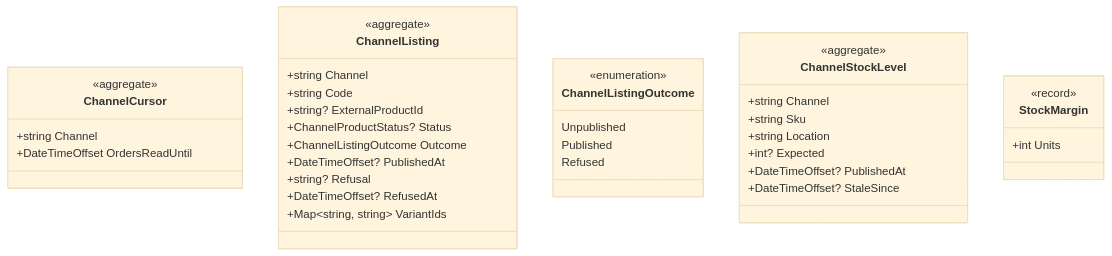
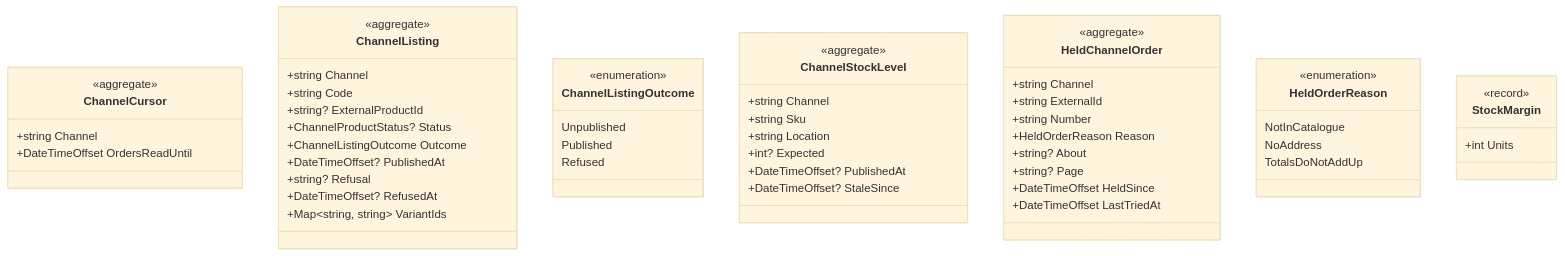
Before and after one commit to juanluelguerre/tendero: diagram 18 of 18 in docs/domain-model.md, drawn with Mermaid (base theme). The commit also changed 19 other files, not shown here.

````diff
--- a/docs/domain-model.md
+++ b/docs/domain-model.md
@@ -1265,39 +1265,56 @@
 ```mermaid
 classDiagram
     class ChannelCursor {
         <<aggregate>>
         +string Channel
         +DateTimeOffset OrdersReadUntil
     }
     class ChannelListing {
         <<aggregate>>
         +string Channel
         +string Code
         +string? ExternalProductId
         +ChannelProductStatus? Status
         +ChannelListingOutcome Outcome
         +DateTimeOffset? PublishedAt
         +string? Refusal
         +DateTimeOffset? RefusedAt
         +Map~string, string~ VariantIds
     }
     class ChannelListingOutcome {
         <<enumeration>>
         Unpublished
         Published
         Refused
     }
     class ChannelStockLevel {
         <<aggregate>>
         +string Channel
         +string Sku
         +string Location
         +int? Expected
         +DateTimeOffset? PublishedAt
         +DateTimeOffset? StaleSince
     }
+    class HeldChannelOrder {
+        <<aggregate>>
+        +string Channel
+        +string ExternalId
+        +string Number
+        +HeldOrderReason Reason
+        +string? About
+        +string? Page
+        +DateTimeOffset HeldSince
+        +DateTimeOffset LastTriedAt
+    }
+    class HeldOrderReason {
+        <<enumeration>>
+        NotInCatalogue
+        NoAddress
+        TotalsDoNotAddUp
+    }
     class StockMargin {
         <<record>>
         +int Units
     }
 ```
````
